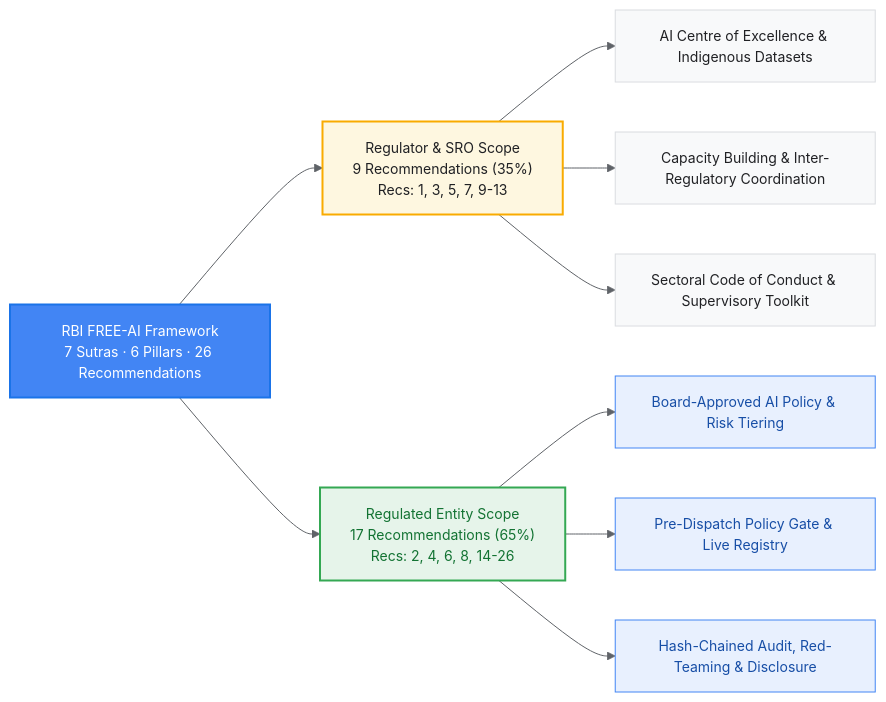
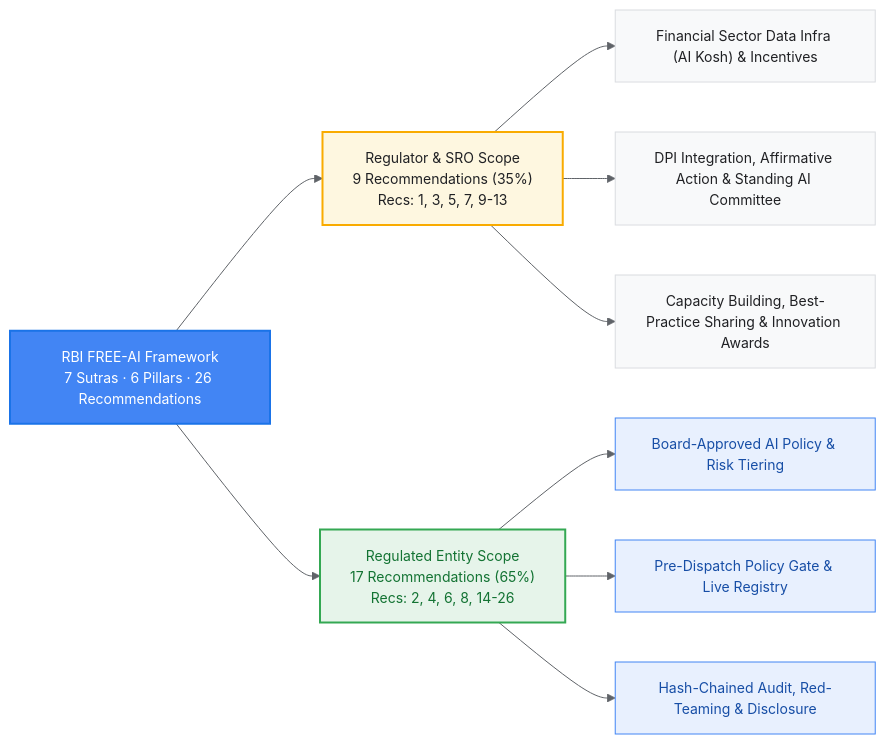
Before and after one commit to PratikDhanave/Build-For-RBI-Inherit-The-EU-AI-Act: the first of 6 diagrams in README.md, drawn with Mermaid. The commit also changed other lines of this file and 17 other files, not shown here.

````diff
--- a/README.md
+++ b/README.md
@@ -101,26 +101,26 @@
 ```mermaid
 %%{init: {"theme": "base", "themeVariables": {"fontFamily": "Google Sans, Roboto, Helvetica Neue, Arial, sans-serif", "fontSize": "14px", "primaryColor": "#E8F0FE", "primaryTextColor": "#202124", "primaryBorderColor": "#4285F4", "lineColor": "#5F6368", "secondaryColor": "#E6F4EA", "tertiaryColor": "#FEF7E0"}}}%%
 flowchart LR
     FREEAI["RBI FREE-AI Framework<br/>7 Sutras · 6 Pillars · 26 Recommendations"]
 
     FREEAI --> REG["Regulator & SRO Scope<br/>9 Recommendations (35%)<br/>Recs: 1, 3, 5, 7, 9-13"]
     FREEAI --> RE["Regulated Entity Scope<br/>17 Recommendations (65%)<br/>Recs: 2, 4, 6, 8, 14-26"]
 
-    REG --> R1["AI Centre of Excellence & Indigenous Datasets"]
-    REG --> R2["Capacity Building & Inter-Regulatory Coordination"]
-    REG --> R3["Sectoral Code of Conduct & Supervisory Toolkit"]
+    REG --> R1["Financial Sector Data Infra (AI Kosh) & Incentives"]
+    REG --> R2["DPI Integration, Affirmative Action & Standing AI Committee"]
+    REG --> R3["Capacity Building, Best-Practice Sharing & Innovation Awards"]
 
     RE --> E1["Board-Approved AI Policy & Risk Tiering"]
     RE --> E2["Pre-Dispatch Policy Gate & Live Registry"]
     RE --> E3["Hash-Chained Audit, Red-Teaming & Disclosure"]
 
     style FREEAI fill:#4285F4,stroke:#1A73E8,stroke-width:2px,color:#FFFFFF
     style REG fill:#FEF7E0,stroke:#F9AB00,stroke-width:2px,color:#202124
     style RE fill:#E6F4EA,stroke:#34A853,stroke-width:2px,color:#137333
     style R1 fill:#F8F9FA,stroke:#DADCE0,color:#202124
     style R2 fill:#F8F9FA,stroke:#DADCE0,color:#202124
     style R3 fill:#F8F9FA,stroke:#DADCE0,color:#202124
     style E1 fill:#E8F0FE,stroke:#4285F4,color:#174EA6
     style E2 fill:#E8F0FE,stroke:#4285F4,color:#174EA6
     style E3 fill:#E8F0FE,stroke:#4285F4,color:#174EA6
 ```
````
